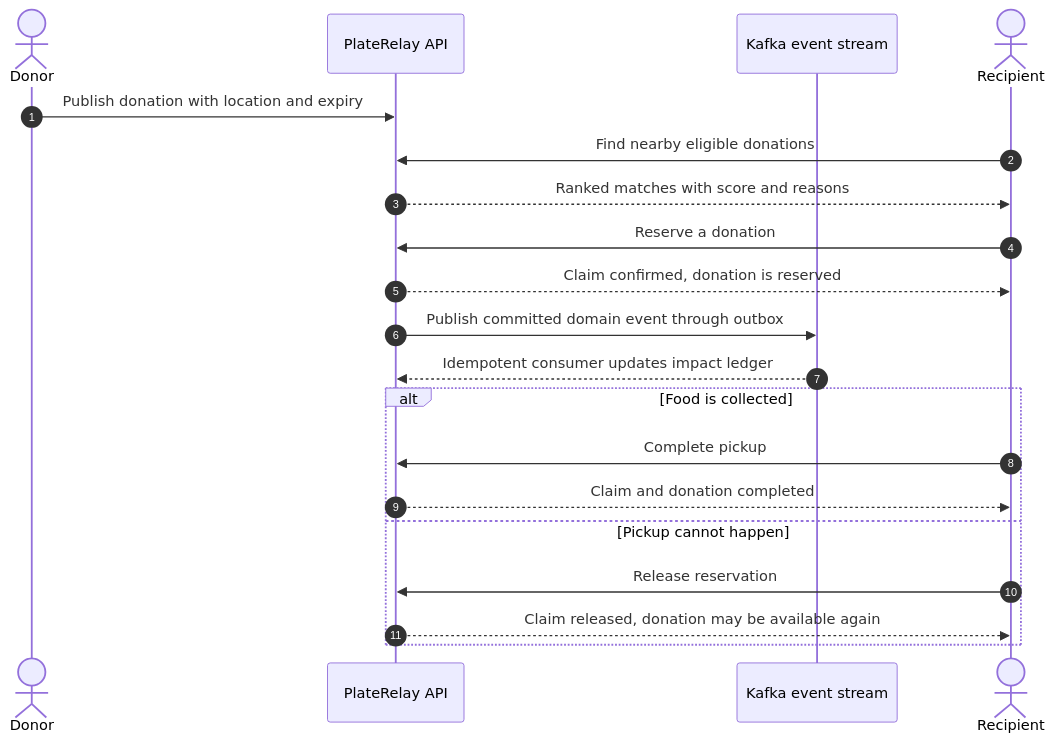
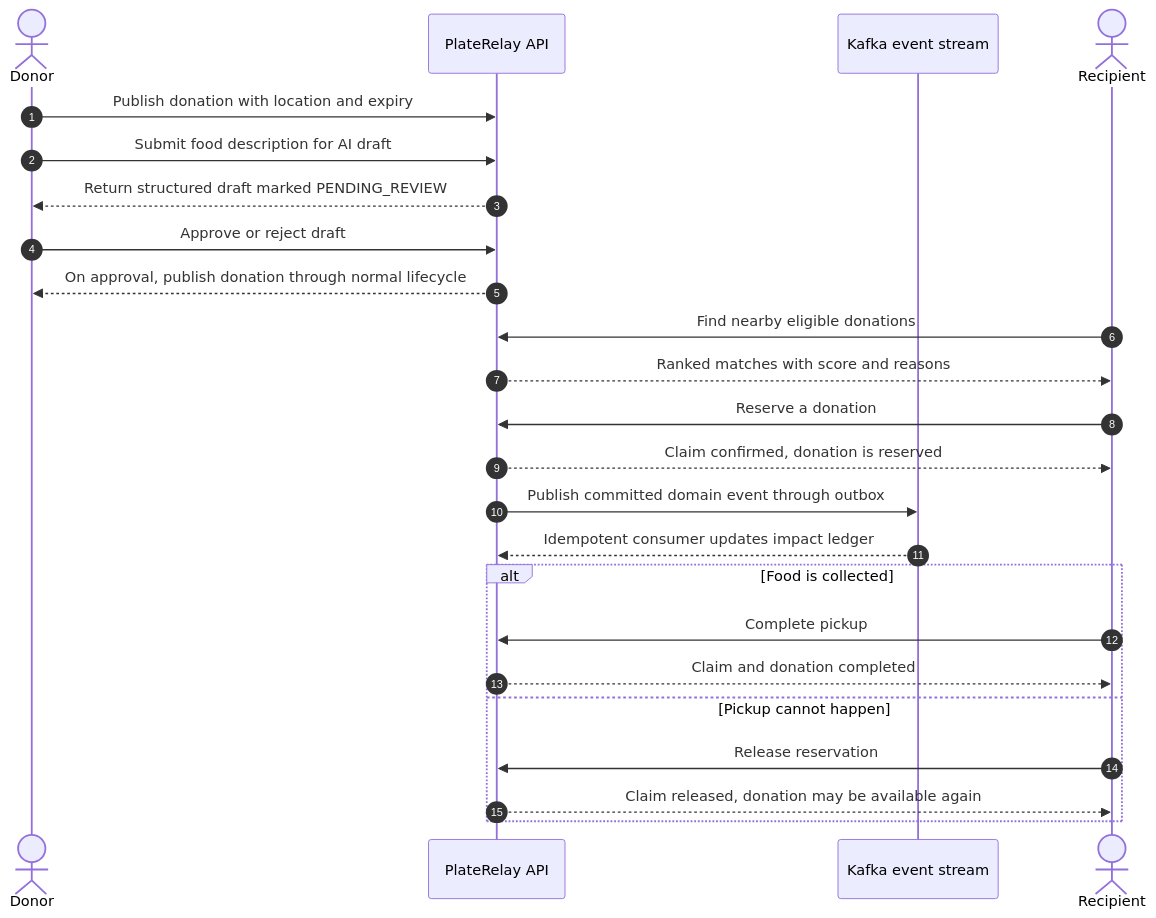
Before and after one commit to rohannsaxena2609/platerelay: the first of 4 diagrams in README.md, drawn with Mermaid. The commit also changed other lines of this file and 11 other files, not shown here.

````diff
--- a/README.md
+++ b/README.md
@@ -27,22 +27,26 @@
 ```mermaid
 sequenceDiagram
     autonumber
     actor Donor
     participant API as PlateRelay API
     participant Kafka as Kafka event stream
     actor Recipient
     Donor->>API: Publish donation with location and expiry
+    Donor->>API: Submit food description for AI draft
+    API-->>Donor: Return structured draft marked PENDING_REVIEW
+    Donor->>API: Approve or reject draft
+    API-->>Donor: On approval, publish donation through normal lifecycle
     Recipient->>API: Find nearby eligible donations
     API-->>Recipient: Ranked matches with score and reasons
     Recipient->>API: Reserve a donation
     API-->>Recipient: Claim confirmed, donation is reserved
     API->>Kafka: Publish committed domain event through outbox
     Kafka-->>API: Idempotent consumer updates impact ledger
     alt Food is collected
         Recipient->>API: Complete pickup
         API-->>Recipient: Claim and donation completed
     else Pickup cannot happen
         Recipient->>API: Release reservation
         API-->>Recipient: Claim released, donation may be available again
     end
 ```
````
